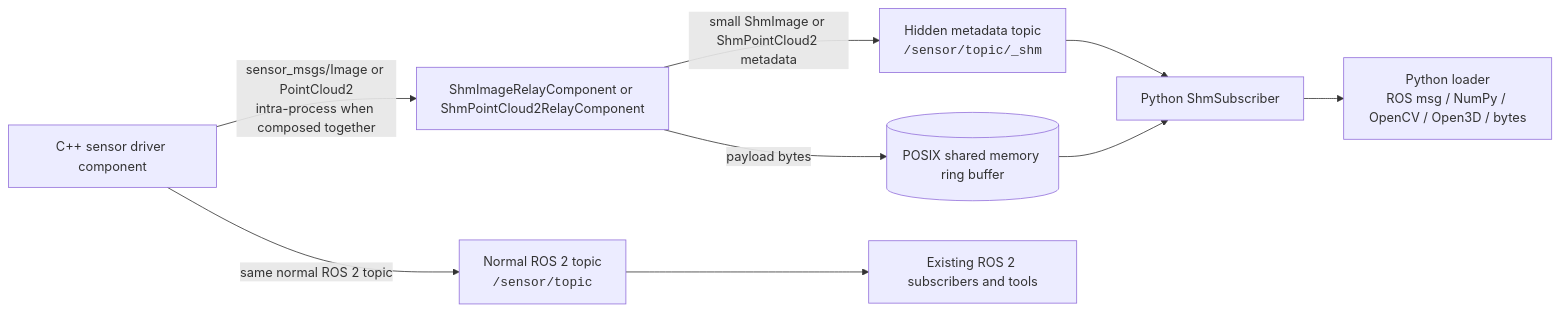
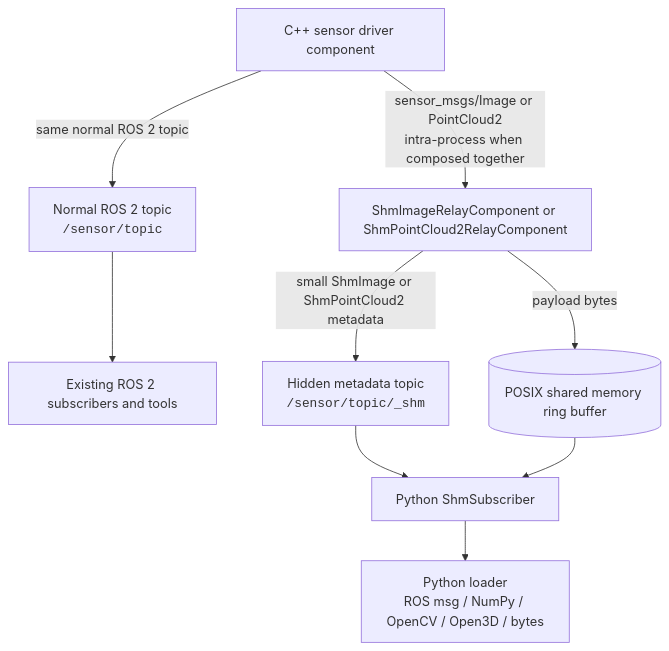
One commit to Maik13579/ros2_shm_sensor_transport changed the diagram in README.md. Above: the diagram before and after it, drawn with Mermaid.

Commit message:
Use vertical architecture diagram
Change the README Mermaid architecture diagram to a top-down layout so it fits better on screen.

````diff
--- a/README.md
+++ b/README.md
@@ -47,20 +47,20 @@
 ```mermaid
-flowchart LR
+flowchart TD
     driver["C++ sensor driver component"]
+    normal["Normal ROS 2 topic<br/><code>/sensor/topic</code>"]
+    remote["Existing ROS 2 subscribers and tools"]
     relay["ShmImageRelayComponent or ShmPointCloud2RelayComponent"]
     shm[("POSIX shared memory ring buffer")]
     meta["Hidden metadata topic<br/><code>/sensor/topic/_shm</code>"]
-    normal["Normal ROS 2 topic<br/><code>/sensor/topic</code>"]
     python["Python ShmSubscriber"]
     loader["Python loader<br/>ROS msg / NumPy / OpenCV / Open3D / bytes"]
-    remote["Existing ROS 2 subscribers and tools"]
 
-    driver -- "sensor_msgs/Image or PointCloud2<br/>intra-process when composed together" --> relay
     driver -- "same normal ROS 2 topic" --> normal
     normal --> remote
+    driver -- "sensor_msgs/Image or PointCloud2<br/>intra-process when composed together" --> relay
     relay -- "payload bytes" --> shm
     relay -- "small ShmImage or ShmPointCloud2 metadata" --> meta
     meta --> python
     shm --> python
     python --> loader
 ```
````
